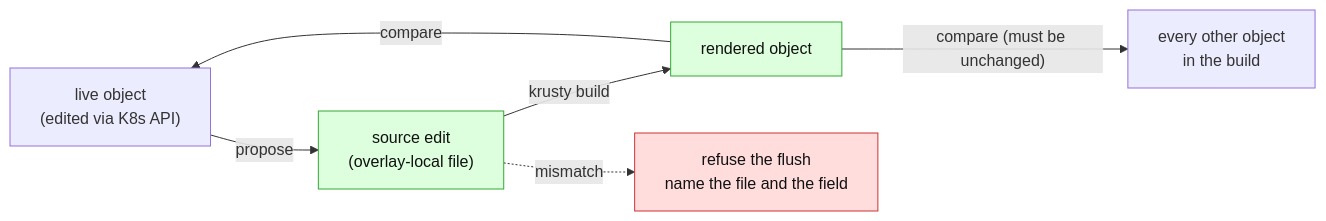
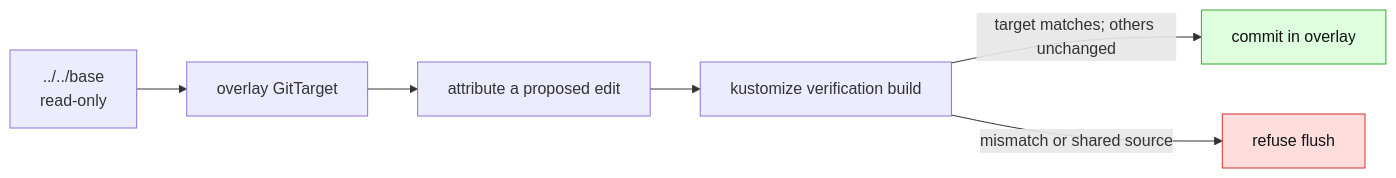
The diagram in docs/design/support-boundary/render-root-scoping.md (ConfigButler/gitops-reverser), drawn with Mermaid before and after one commit. The commit also changed other lines of this file and 15 other files, not shown here.

````diff
--- a/docs/design/support-boundary/render-root-scoping.md
+++ b/docs/design/support-boundary/render-root-scoping.md
@@ -167,13 +16,13 @@
 ```mermaid
 flowchart LR
-    live["live object<br/>(edited via K8s API)"] -->|propose| src["source edit<br/>(overlay-local file)"]
-    src -->|krusty build| out["rendered object"]
-    out -->|compare| live
-    out -->|"compare (must be unchanged)"| rest["every other object<br/>in the build"]
-    src -.->|mismatch| refuse["refuse the flush<br/>name the file and the field"]
+    B[../../base<br/>read-only] --> O[overlay GitTarget]
+    O --> A[attribute a proposed edit]
+    A --> V[kustomize verification build]
+    V -->|target matches; others unchanged| C[commit in overlay]
+    V -->|mismatch or shared source| R[refuse flush]
 
-    classDef editable fill:#dfd,stroke:#3a3,color:#111
-    classDef refused fill:#fdd,stroke:#c33,color:#111
-    class src,out editable
-    class refuse refused
+    classDef yes fill:#dfd,stroke:#3a3,color:#111
+    classDef no fill:#fdd,stroke:#c33,color:#111
+    class C yes
+    class R no
 ```
````
